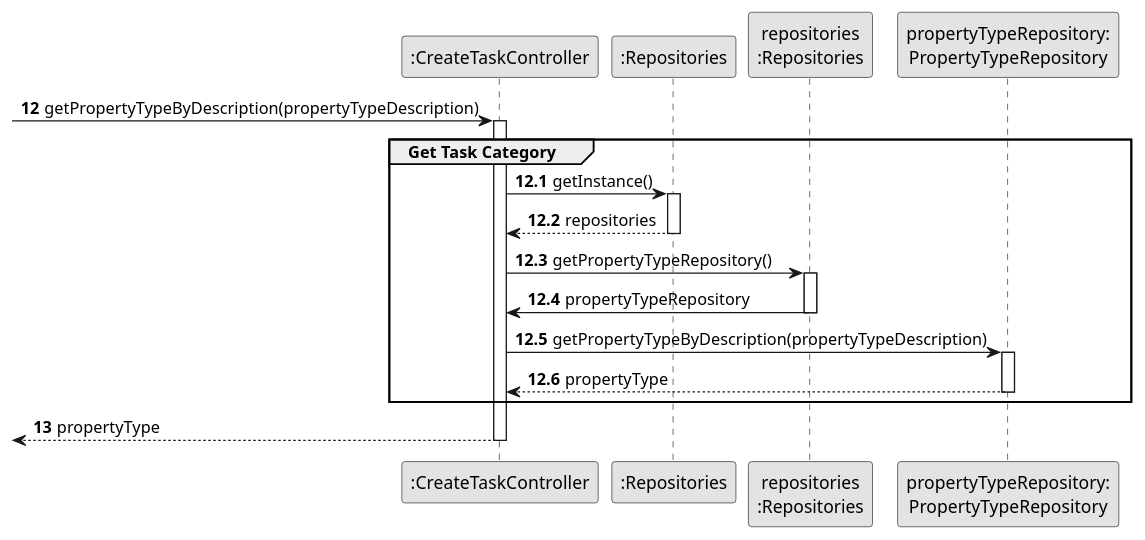
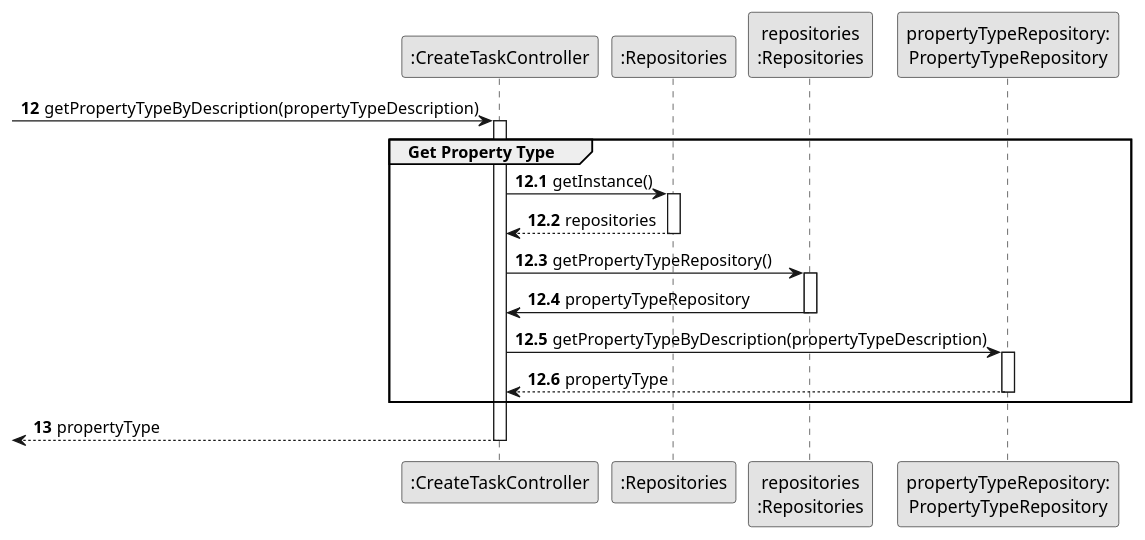
One commit to rita-barbosa/LAPR2-2223 changed the diagram in docs/sprintB/us002/03.design/puml/us002-sequence-diagram-partial-get-property-type.puml. Above: the diagram before and after it, drawn with PlantUML. The commit also changed 7 other files, not shown here.

Commit message:
Update of sequence diagram [US002][Design]

```diff
--- a/docs/sprintB/us002/03.design/puml/us002-sequence-diagram-partial-get-property-type.puml
+++ b/docs/sprintB/us002/03.design/puml/us002-sequence-diagram-partial-get-property-type.puml
@@ -1,44 +1,44 @@
 @startuml
 skinparam monochrome true
 skinparam packageStyle rectangle
 skinparam shadowing false
 
 participant ":CreateTaskController" as CTRL
 participant ":Repositories" as RepositorySingleton
 participant "repositories\n:Repositories" as PLAT
 participant "propertyTypeRepository:\nPropertyTypeRepository" as PropertyTypeRepository
 
 autonumber 12
 -> CTRL : getPropertyTypeByDescription(propertyTypeDescription)
 
 autonumber 12.1
 
 activate CTRL
-    group Get Task Category
+    group Get Property Type
         CTRL -> RepositorySingleton : getInstance()
         activate RepositorySingleton
 
             RepositorySingleton --> CTRL: repositories
         deactivate RepositorySingleton
 
         CTRL -> PLAT : getPropertyTypeRepository()
         activate PLAT
 
             PLAT -> CTRL : propertyTypeRepository
         deactivate PLAT
 
         CTRL -> PropertyTypeRepository : getPropertyTypeByDescription(propertyTypeDescription)
         activate PropertyTypeRepository
 
         PropertyTypeRepository --> CTRL : propertyType
         deactivate PropertyTypeRepository
 
     end group
 
     autonumber 13
     <-- CTRL : propertyType
 
 deactivate CTRL
 
 
 @enduml
```
